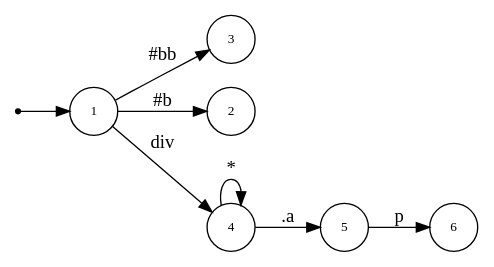
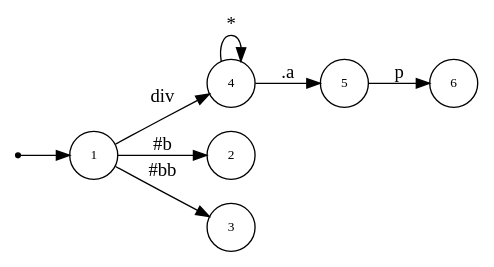
Before and after one commit to asukaminato0721/css-bitvector-compiler: the diagram in css-gen-op/testcase/dot.dot, drawn with Graphviz. The commit also changed other lines of this file and 18 other files, not shown here.

```diff
--- a/css-gen-op/testcase/dot.dot
+++ b/css-gen-op/testcase/dot.dot
@@ -1,19 +1,19 @@
 digraph NFA {
   rankdir=LR;
   node [shape=circle, fontsize=10];
   __start [shape=point, label=""];
   __start -> 1;
+  6 [label="6"];
+  1 [label="1"];
+  4 [label="4"];
   5 [label="5"];
-  1 [label="1"];
+  2 [label="2"];
   3 [label="3"];
-  2 [label="2"];
-  6 [label="6"];
-  4 [label="4"];
   { node [shape=doublecircle]; 2 3 6 }
   1 -> 2 [label="#b"];
   1 -> 3 [label="#bb"];
   1 -> 4 [label="div"];
   4 -> 4 [label="*"];
   4 -> 5 [label=".a"];
   5 -> 6 [label="p"];
 }
```
